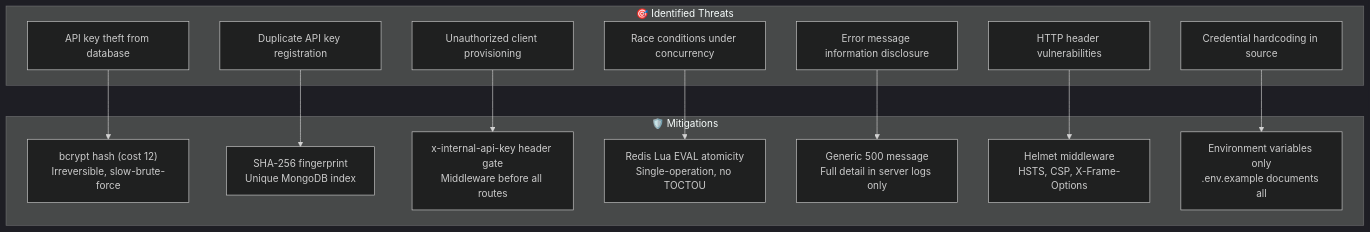
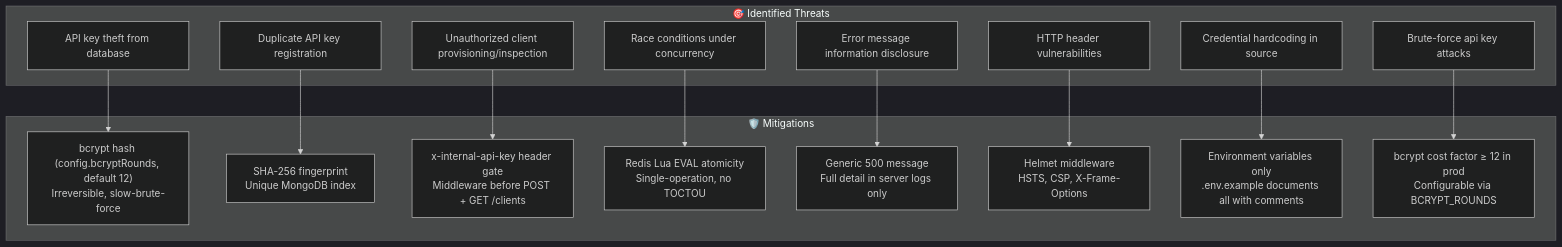
The tenth of 16 diagrams in projectdocumentation.md (ramalokeshreddyp/RateGuard), drawn with Mermaid (dark theme) before and after one commit. The commit also changed other lines of this file and 2 other files, not shown here.

Commit message:
docs: comprehensive rewrite of README, ARCHITECTURE, and projectdocumentation (v2.0) - 43 tests, GET /clients/:id, X-RateLimit-* headers, BCRYPT_ROUNDS, ioredis-mock, .dockerignore

````diff
--- a/projectdocumentation.md
+++ b/projectdocumentation.md
@@ -445,30 +468,33 @@
 ```mermaid
 flowchart TD
     subgraph Threats["🎯 Identified Threats"]
         T1["API key theft from database"]
         T2["Duplicate API key registration"]
-        T3["Unauthorized client provisioning"]
+        T3["Unauthorized client provisioning/inspection"]
         T4["Race conditions under concurrency"]
         T5["Error message information disclosure"]
         T6["HTTP header vulnerabilities"]
         T7["Credential hardcoding in source"]
+        T8["Brute-force api key attacks"]
     end
 
     subgraph Mitigations["🛡️ Mitigations"]
-        M1["bcrypt hash (cost 12)\nIrreversible, slow-brute-force"]
+        M1["bcrypt hash (config.bcryptRounds, default 12)\nIrreversible, slow-brute-force"]
         M2["SHA-256 fingerprint\nUnique MongoDB index"]
-        M3["x-internal-api-key header gate\nMiddleware before all routes"]
+        M3["x-internal-api-key header gate\nMiddleware before POST + GET /clients"]
         M4["Redis Lua EVAL atomicity\nSingle-operation, no TOCTOU"]
         M5["Generic 500 message\nFull detail in server logs only"]
         M6["Helmet middleware\nHSTS, CSP, X-Frame-Options"]
-        M7["Environment variables only\n.env.example documents all"]
+        M7["Environment variables only\n.env.example documents all with comments"]
+        M8["bcrypt cost factor ≥ 12 in prod\nConfigurable via BCRYPT_ROUNDS"]
     end
 
     T1 --> M1
     T2 --> M2
     T3 --> M3
     T4 --> M4
     T5 --> M5
     T6 --> M6
     T7 --> M7
+    T8 --> M8
 ```
````
